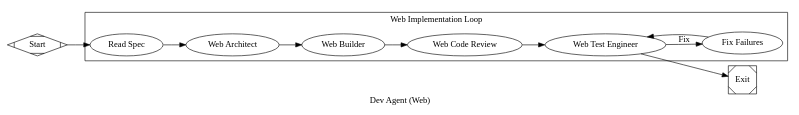
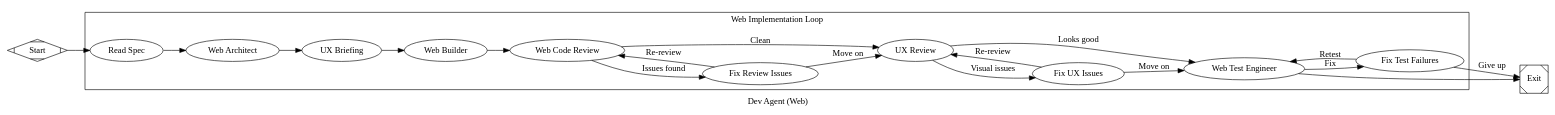
One commit to otimme/attractor-engine changed the diagram in pipelines/dark-factory/dev-agent-web.dot. Above: the diagram before and after it, drawn with Graphviz. The commit also changed 5 other files, not shown here.

First line of the commit message:
feat: add ux_briefing and ux_review pipeline nodes to dev-agent-web

```diff
--- a/pipelines/dark-factory/dev-agent-web.dot
+++ b/pipelines/dark-factory/dev-agent-web.dot
@@ -1,36 +1,64 @@
 digraph dev_agent_web {
     graph [
         goal="",
         label="Dev Agent (Web)"
     ]
     rankdir=LR
 
     start [shape=Mdiamond, label="Start"]
     exit  [shape=Msquare,  label="Exit"]
 
     subgraph cluster_impl {
         label="Web Implementation Loop"
         node [fidelity="full", thread_id="dev-web"]
 
         read_spec     [label="Read Spec",
             prompt="@prompts/dev-agent-web/read-spec.md"]
         architect     [label="Web Architect",
             prompt="@prompts/dev-agent-web/architect.md",
             reasoning_effort="high"]
+        ux_briefing   [label="UX Briefing",
+            prompt="@prompts/dev-agent-web/ux-briefing.md"]
         build         [label="Web Builder",
             prompt="@prompts/dev-agent-web/build.md"]
         review        [label="Web Code Review",
-            prompt="@prompts/dev-agent-web/review.md"]
+            prompt="@prompts/dev-agent-web/review.md",
+            max_visits=3]
+        fix_review    [label="Fix Review Issues",
+            prompt="@prompts/dev-agent-web/fix-review.md",
+            max_visits=3]
+        ux_review     [label="UX Review",
+            prompt="@prompts/dev-agent-web/ux-review.md",
+            max_visits=3]
+        fix_ux        [label="Fix UX Issues",
+            prompt="@prompts/dev-agent-web/fix-ux.md",
+            max_visits=3]
         unit_test     [label="Web Test Engineer",
             prompt="@prompts/dev-agent-web/unit-test.md",
-            goal_gate=true]
-        fix           [label="Fix Failures",
+            goal_gate=true,
+            max_visits=6]
+        fix           [label="Fix Test Failures",
             prompt="@prompts/dev-agent-web/fix.md",
             max_visits=3]
     }
 
-    start -> read_spec -> architect -> build -> review -> unit_test
+    start -> read_spec -> architect -> ux_briefing -> build -> review
+
+    // Review loop: review finds issues → fix them → re-review
+    review -> ux_review     [condition="outcome=success", label="Clean"]
+    review -> fix_review    [condition="outcome!=success", label="Issues found"]
+    fix_review -> review    [condition="outcome=success", label="Re-review"]
+    fix_review -> ux_review [condition="outcome!=success", label="Move on"]
+
+    // UX review loop: ux review finds visual issues → fix them → re-review
+    ux_review -> unit_test  [condition="outcome=success", label="Looks good"]
+    ux_review -> fix_ux     [condition="outcome!=success", label="Visual issues"]
+    fix_ux -> ux_review     [condition="outcome=success", label="Re-review"]
+    fix_ux -> unit_test     [condition="outcome!=success", label="Move on"]
+
+    // Test loop: tests fail → fix them → re-test
     unit_test -> exit [condition="outcome=success"]
     unit_test -> fix  [condition="outcome!=success", label="Fix"]
-    fix -> unit_test
+    fix -> unit_test  [condition="outcome=success", label="Retest"]
+    fix -> exit       [condition="outcome!=success", label="Give up"]
 }
```
